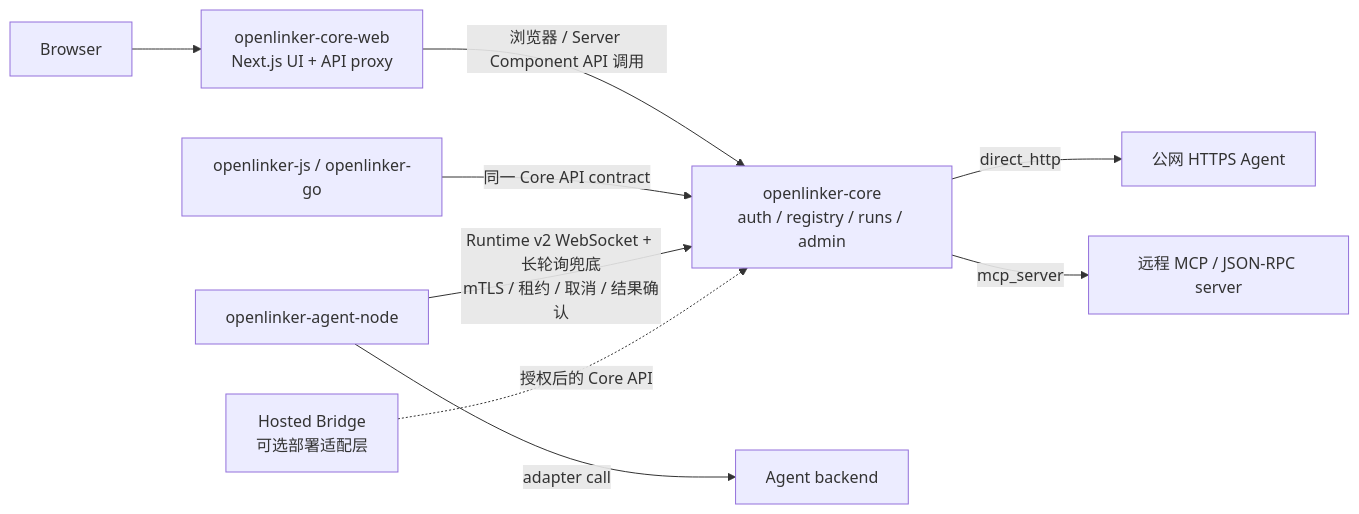
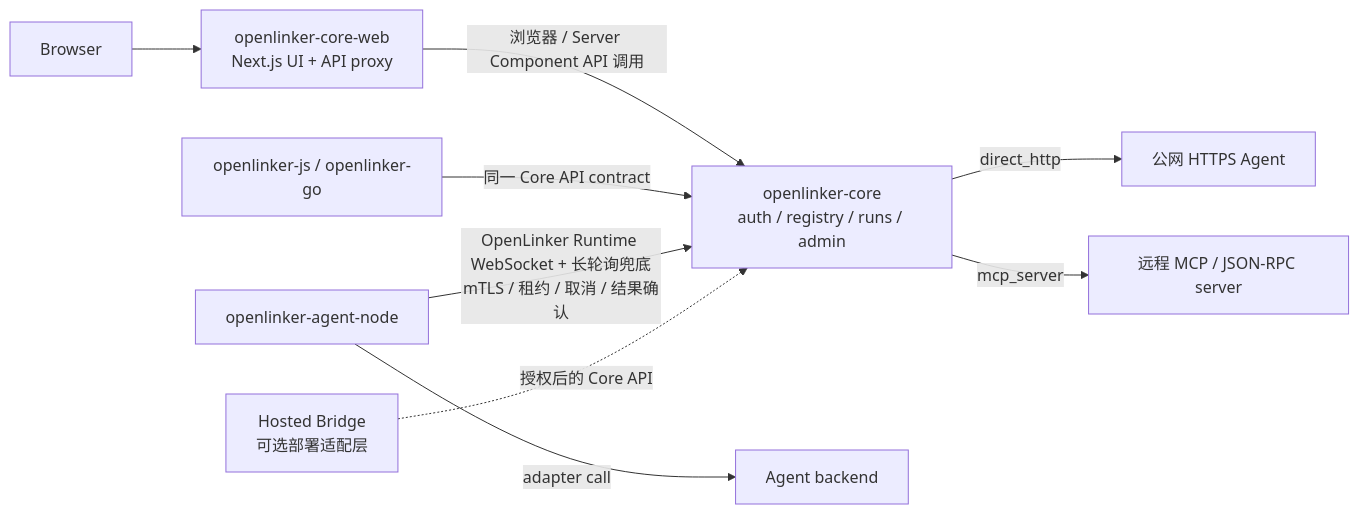
One commit to OpenLinker-ai/openlinker-core-web changed the diagram in README.zh-CN.md. Above: the diagram before and after it, drawn with Mermaid. The commit also changed other lines of this file and 24 other files, not shown here.

Commit message:
feat: unify Agent Node onboarding copy

````diff
--- a/README.zh-CN.md
+++ b/README.zh-CN.md
@@ -54,14 +54,14 @@
 ```mermaid
 flowchart LR
   Browser["Browser"] --> CoreWeb["openlinker-core-web<br/>Next.js UI + API proxy"]
   CoreWeb -->|"浏览器 / Server Component API 调用"| Core["openlinker-core<br/>auth / registry / runs / admin"]
 
   SDKs["openlinker-js / openlinker-go"] -->|"同一 Core API contract"| Core
-  AgentNode["openlinker-agent-node"] -->|"Runtime v2 WebSocket + 长轮询兜底<br/>mTLS / 租约 / 取消 / 结果确认"| Core
+  AgentNode["openlinker-agent-node"] -->|"OpenLinker Runtime WebSocket + 长轮询兜底<br/>mTLS / 租约 / 取消 / 结果确认"| Core
 
   Core -->|"direct_http"| HTTPAgent["公网 HTTPS Agent"]
   Core -->|"mcp_server"| MCPAgent["远程 MCP / JSON-RPC server"]
   AgentNode -->|"adapter call"| Backend["Agent backend"]
 
   HostedBridge["Hosted Bridge<br/>可选部署适配层"] -.->|"授权后的 Core API"| Core
 ```
````
